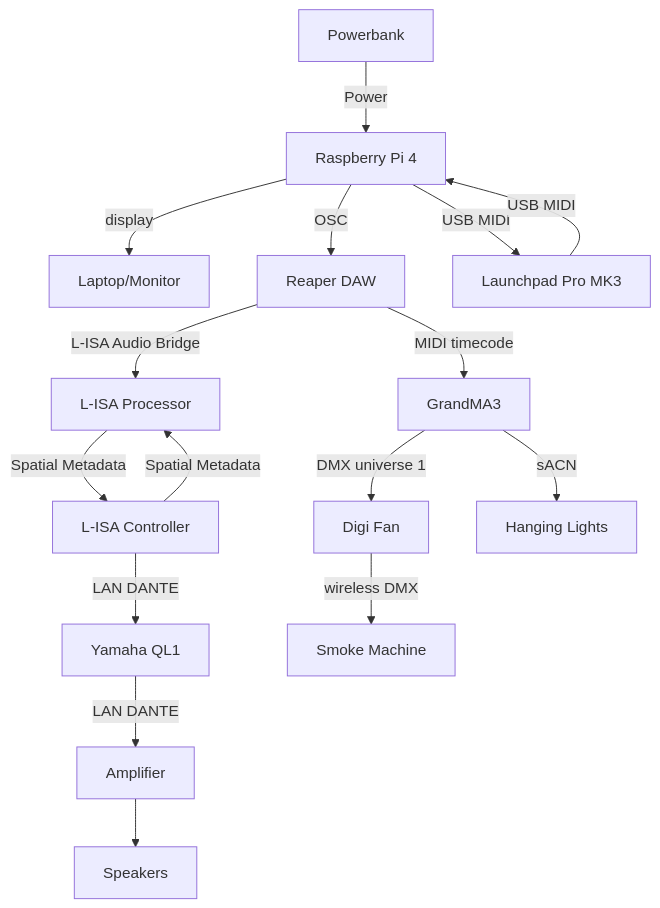
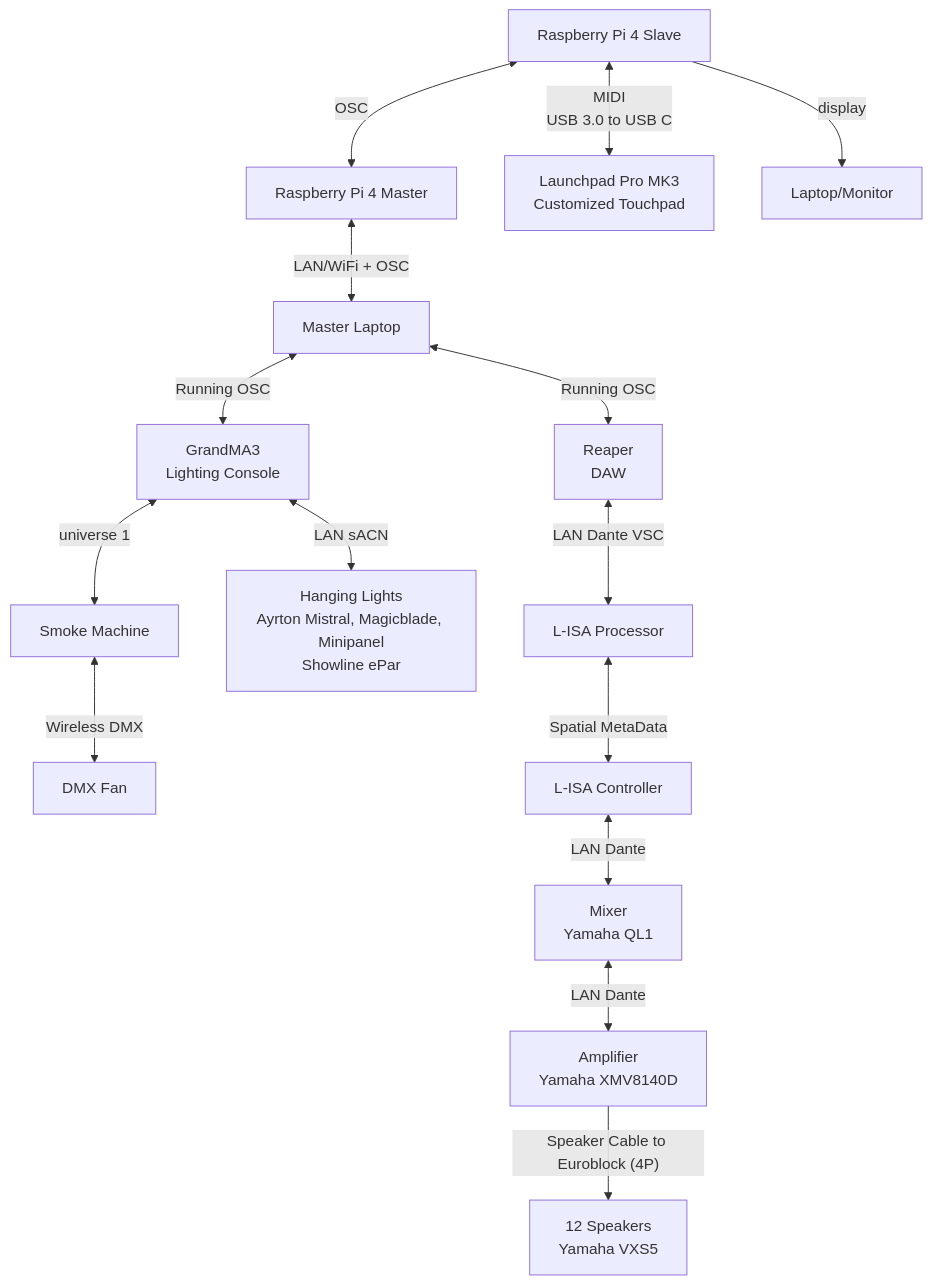
Before and after one commit to uselesskcid/EGL314-Project-S.O.N.I.C-Team-C-: the diagram in README.md, drawn with Mermaid. The commit also changed other lines of this file, not shown here.

````diff
--- a/README.md
+++ b/README.md
@@ -45,27 +44,22 @@
 ```mermaid
-graph TD;
-A[Powerbank] --Power--> B[Raspberry Pi 4]
+graph TD
+A[Raspberry Pi 4 Master] <--LAN/WiFi + OSC --> B[Master Laptop]
 
-B --display--> G[Laptop/Monitor]
-B --OSC--> C[Reaper DAW]
-B --USB MIDI--> D[Launchpad Pro MK3]
+B <--Running OSC--> C[Reaper DAW]
+B <--Running OSC--> D[GrandMA3<br>Lighting Console]
 
-C --L-ISA Audio Bridge--> E[L-ISA Processor]
-C --MIDI timecode--> I[GrandMA3]
+C[Reaper<br>DAW] <--LAN Dante VSC --> F[L-ISA Processor]
 
-D --USB MIDI--> B
+D <--LAN sACN--> E[Hanging Lights<br>Ayrton Mistral, Magicblade, Minipanel<br>Showline ePar]
+D <--universe 1--> M[Smoke Machine]
+M <--Wireless DMX--> N[DMX Fan]
 
-E --Spatial Metadata--> F[L-ISA Controller]
+F <--Spatial MetaData--> G[L-ISA Controller]
+G <--LAN Dante--> H[Mixer<br>Yamaha QL1]
+H <--LAN Dante--> I[Amplifier<br>Yamaha XMV8140D]
+I --Speaker Cable to Euroblock (4P)--> J[12 Speakers<br>Yamaha VXS5]
 
-F --Spatial Metadata--> E
-F --LAN DANTE--> H[Yamaha QL1]
-
-H --LAN DANTE--> M[Amplifier]
-
-I --DMX universe 1--> J[Digi Fan]
-I --sACN--> L[Hanging Lights]
-
-J --wireless DMX--> K[Smoke Machine]
-
-M --> N[Speakers]
+L[Raspberry Pi 4 Slave] <--MIDI<br>USB 3.0 to USB C--> K[Launchpad Pro MK3<br>Customized Touchpad] 
+L --display--> O[Laptop/Monitor]
+L <--OSC--> A 
 ```
````
